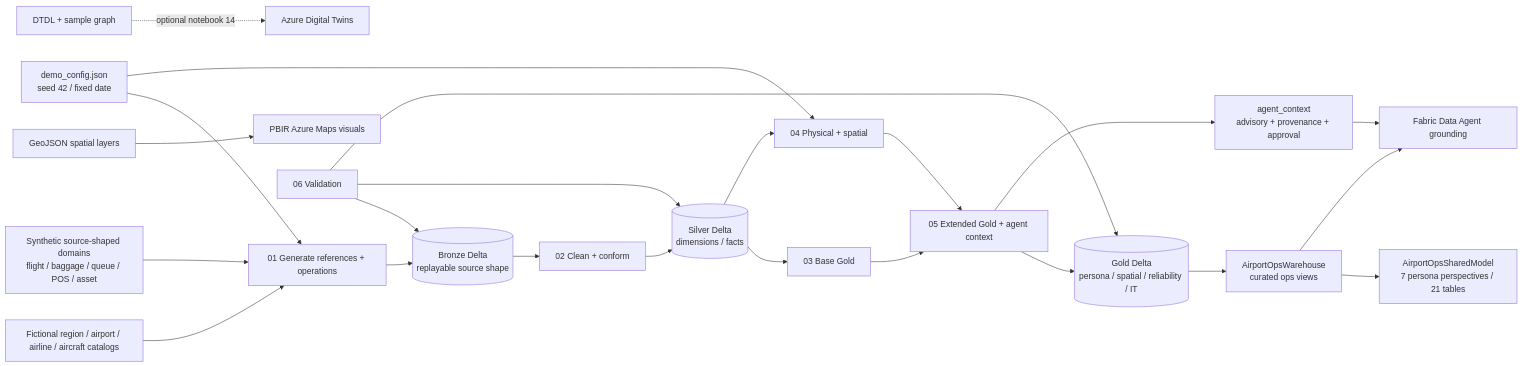
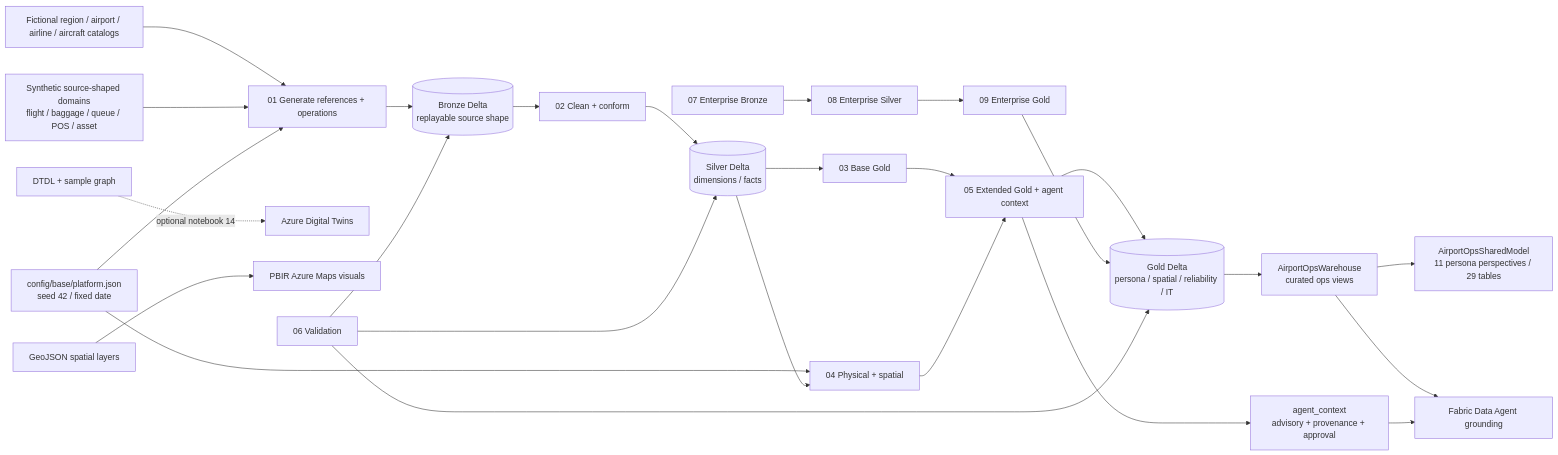
One commit to thpickl/airport-ops-mvp changed the first of 7 diagrams in docs/architecture.md. Above: the diagram before and after it, drawn with Mermaid. The commit also changed other lines of this file and 215 other files, not shown here.

````diff
--- a/docs/architecture.md
+++ b/docs/architecture.md
@@ -7,25 +7,28 @@
 ```mermaid
 flowchart LR
     Ref[Fictional region / airport / airline / aircraft catalogs] --> N01[01 Generate references + operations]
     Edge[Synthetic source-shaped domains\nflight / baggage / queue / POS / asset] --> N01
-    Config[demo_config.json\nseed 42 / fixed date] --> N01
+    Config[config/base/platform.json\nseed 42 / fixed date] --> N01
     Config --> N04[04 Physical + spatial]
     N01 --> Bronze[(Bronze Delta\nreplayable source shape)]
     Bronze --> N02[02 Clean + conform]
     N02 --> Silver[(Silver Delta\ndimensions / facts)]
     Silver --> N03[03 Base Gold]
     Silver --> N04
     N03 --> N05[05 Extended Gold + agent context]
     N04 --> N05
+    N07[07 Enterprise Bronze] --> N08[08 Enterprise Silver]
+    N08 --> N09[09 Enterprise Gold]
     N05 --> Gold[(Gold Delta\npersona / spatial / reliability / IT)]
+    N09 --> Gold
     Gold --> WH[AirportOpsWarehouse\ncurated ops views]
-    WH --> SM[AirportOpsSharedModel\n7 persona perspectives / 21 tables]
+    WH --> SM[AirportOpsSharedModel\n11 persona perspectives / 29 tables]
     WH --> Agent[Fabric Data Agent grounding]
     DTDL[DTDL + sample graph] -. optional notebook 14 .-> ADT[Azure Digital Twins]
     Geo[GeoJSON spatial layers] --> Maps[PBIR Azure Maps visuals]
     N05 --> AgentContext[agent_context\nadvisory + provenance + approval]
     AgentContext --> Agent
     N06[06 Validation] --> Bronze
     N06 --> Silver
     N06 --> Gold
 ```
````
